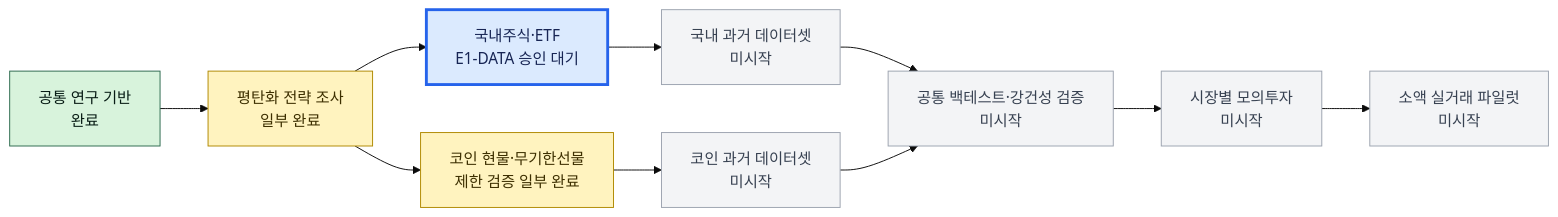
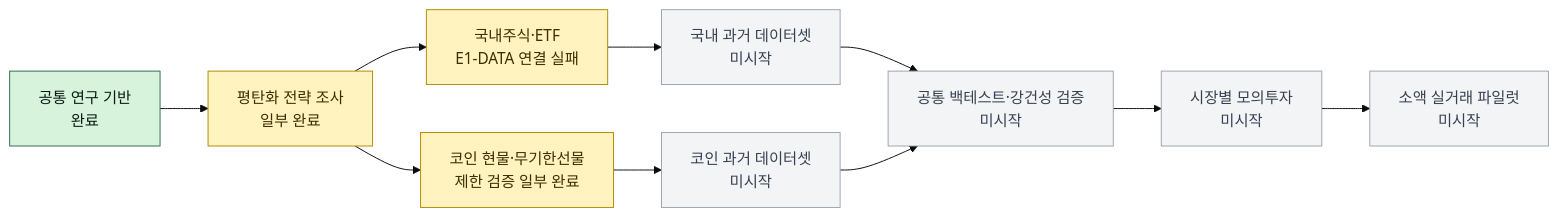
One commit to jhg6636/autotrade-lab changed the diagram in README.md. Above: the diagram before and after it, drawn with Mermaid (base theme). The commit also changed other lines of this file and 3 other files, not shown here.

````diff
--- a/README.md
+++ b/README.md
@@ -17,22 +17,22 @@
 ```mermaid
 flowchart LR
     A["공통 연구 기반<br/>완료"] --> B["평탄화 전략 조사<br/>일부 완료"]
-    B --> K["국내주식·ETF<br/>E1-DATA 승인 대기"]
+    B --> K["국내주식·ETF<br/>E1-DATA 연결 실패"]
     B --> C["코인 현물·무기한선물<br/>제한 검증 일부 완료"]
     K --> KD["국내 과거 데이터셋<br/>미시작"]
     C --> CD["코인 과거 데이터셋<br/>미시작"]
     KD --> V["공통 백테스트·강건성 검증<br/>미시작"]
     CD --> V
     V --> P["시장별 모의투자<br/>미시작"]
     P --> L["소액 실거래 파일럿<br/>미시작"]
 
     classDef done fill:#d8f3dc,stroke:#2d6a4f,color:#081c15;
     classDef partial fill:#fff3bf,stroke:#b08900,color:#3d2f00;
     classDef current fill:#dbeafe,stroke:#2563eb,color:#172554,stroke-width:3px;
     classDef future fill:#f3f4f6,stroke:#9ca3af,color:#374151;
     class A done;
     class B partial;
     class C partial;
-    class K current;
+    class K partial;
     class KD,CD,V,P,L future;
 ```
````
